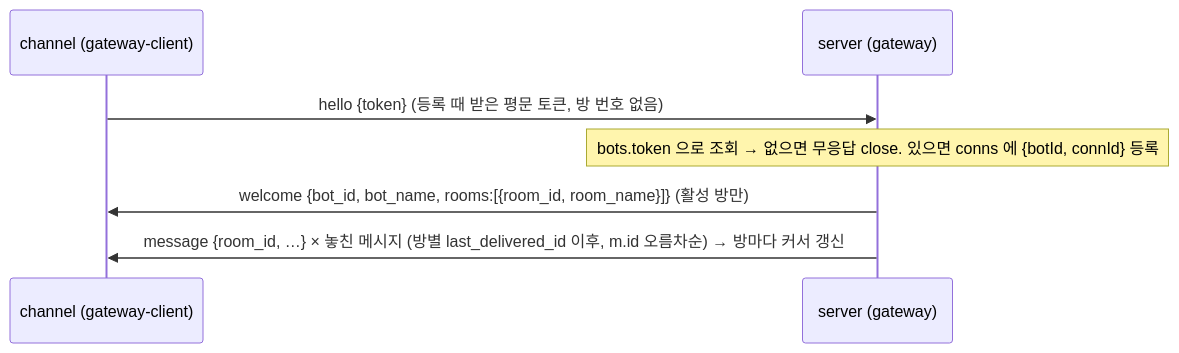
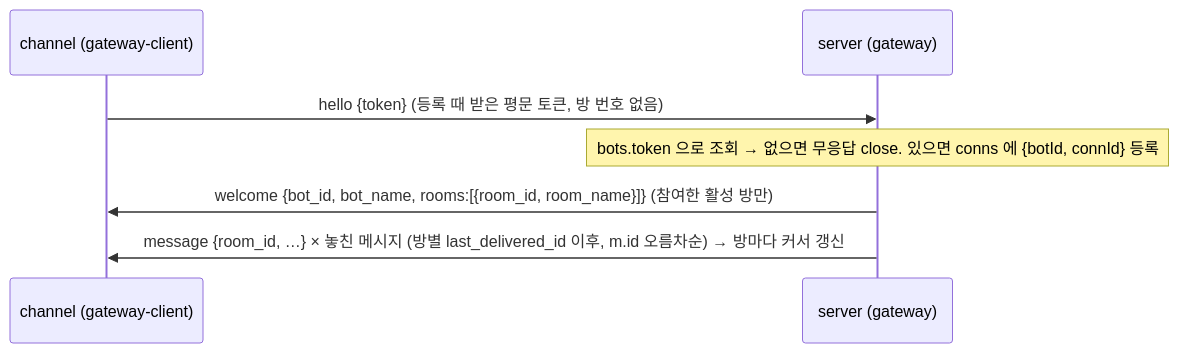
Before and after one commit to bjw202/minidiscord: the diagram in .moai/project/codemaps/entry-points.md, drawn with Mermaid. The commit also changed other lines of this file and 7 other files, not shown here.

First line of the commit message:
docs(v2-c2): README·ROADMAP·CHANGELOG·코드맵 5종을 v2 현재 코드 기준으로 — C2 5번

````diff
--- a/.moai/project/codemaps/entry-points.md
+++ b/.moai/project/codemaps/entry-points.md
@@ -97,9 +96,9 @@
 ```mermaid
 sequenceDiagram
   participant C as channel (gateway-client)
   participant S as server (gateway)
   C->>S: hello {token}                         (등록 때 받은 평문 토큰, 방 번호 없음)
   Note over S: bots.token 으로 조회 → 없으면 무응답 close. 있으면 conns 에 {botId, connId} 등록
-  S->>C: welcome {bot_id, bot_name, rooms:[{room_id, room_name}]}   (활성 방만)
+  S->>C: welcome {bot_id, bot_name, rooms:[{room_id, room_name}]}   (참여한 활성 방만)
   S->>C: message {room_id, …} × 놓친 메시지 (방별 last_delivered_id 이후, m.id 오름차순) → 방마다 커서 갱신
 ```
````
